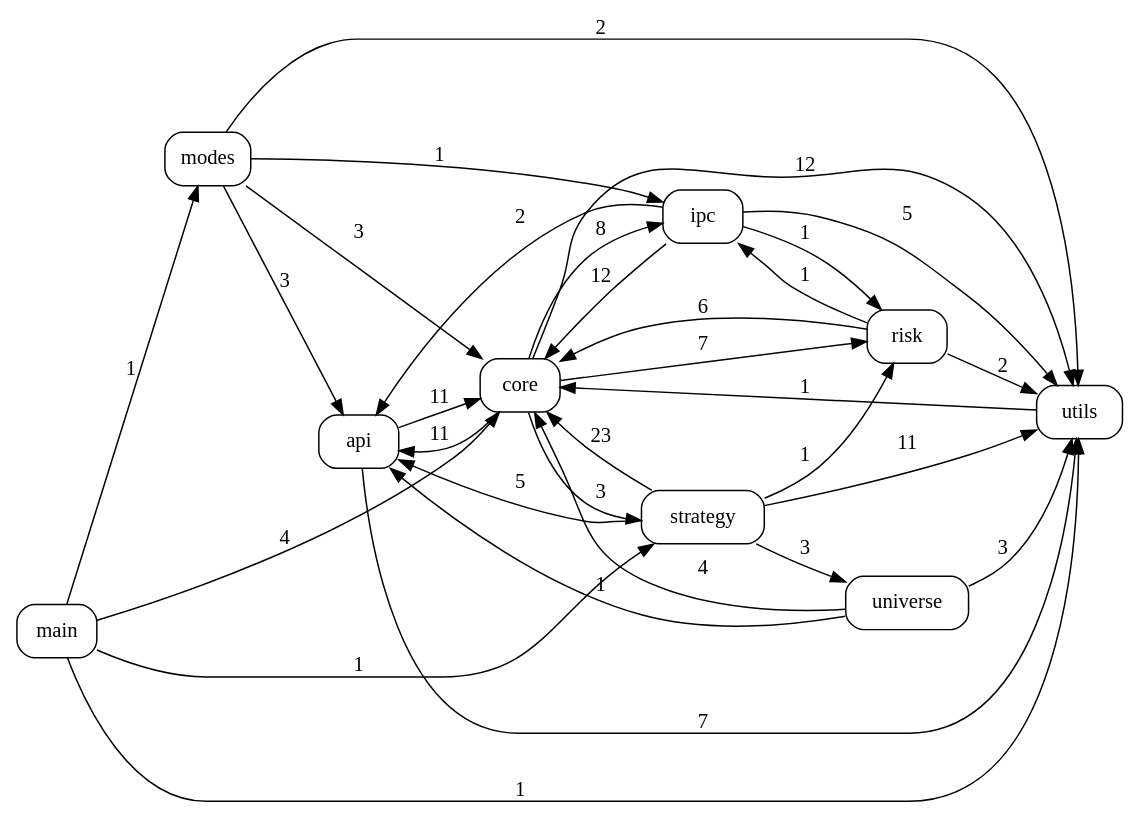
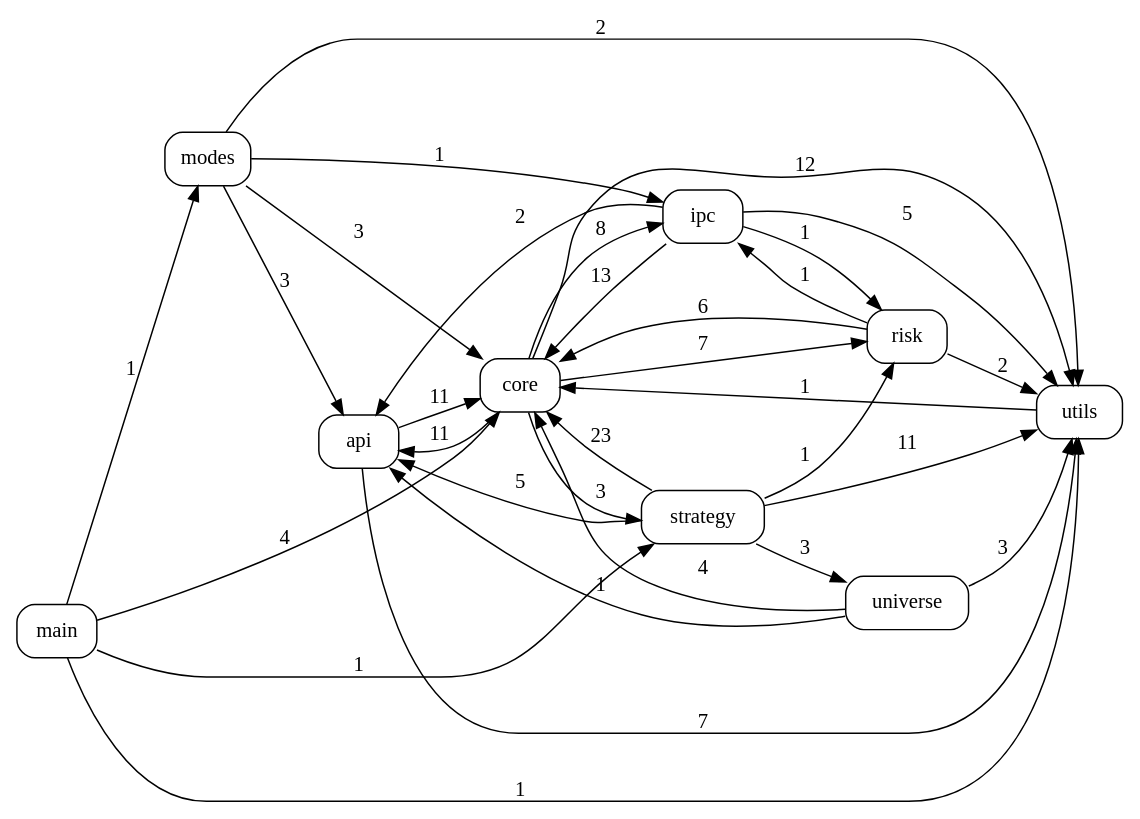
The diagram in docs/code_graph.dot (pypy8171/Quant), drawn with Graphviz before and after one commit. The commit also changed 8 other files, not shown here.

```diff
--- a/docs/code_graph.dot
+++ b/docs/code_graph.dot
@@ -1,44 +1,44 @@
 digraph code_graph {
   rankdir=LR;
   node [shape=box, style=rounded, fontname="Consolas"];
   "api";
   "core";
   "ipc";
   "main";
   "modes";
   "risk";
   "strategy";
   "universe";
   "utils";
   "api" -> "core" [label="11"];
   "api" -> "utils" [label="7"];
   "core" -> "api" [label="11"];
   "core" -> "ipc" [label="8"];
   "core" -> "risk" [label="7"];
   "core" -> "strategy" [label="3"];
   "core" -> "utils" [label="12"];
   "ipc" -> "api" [label="2"];
-  "ipc" -> "core" [label="12"];
+  "ipc" -> "core" [label="13"];
   "ipc" -> "risk" [label="1"];
   "ipc" -> "utils" [label="5"];
   "main" -> "core" [label="4"];
   "main" -> "modes" [label="1"];
   "main" -> "strategy" [label="1"];
   "main" -> "utils" [label="1"];
   "modes" -> "api" [label="3"];
   "modes" -> "core" [label="3"];
   "modes" -> "ipc" [label="1"];
   "modes" -> "utils" [label="2"];
   "risk" -> "core" [label="6"];
   "risk" -> "ipc" [label="1"];
   "risk" -> "utils" [label="2"];
   "strategy" -> "api" [label="5"];
   "strategy" -> "core" [label="23"];
   "strategy" -> "risk" [label="1"];
   "strategy" -> "universe" [label="3"];
   "strategy" -> "utils" [label="11"];
   "universe" -> "api" [label="1"];
   "universe" -> "core" [label="4"];
   "universe" -> "utils" [label="3"];
   "utils" -> "core" [label="1"];
 }
```
